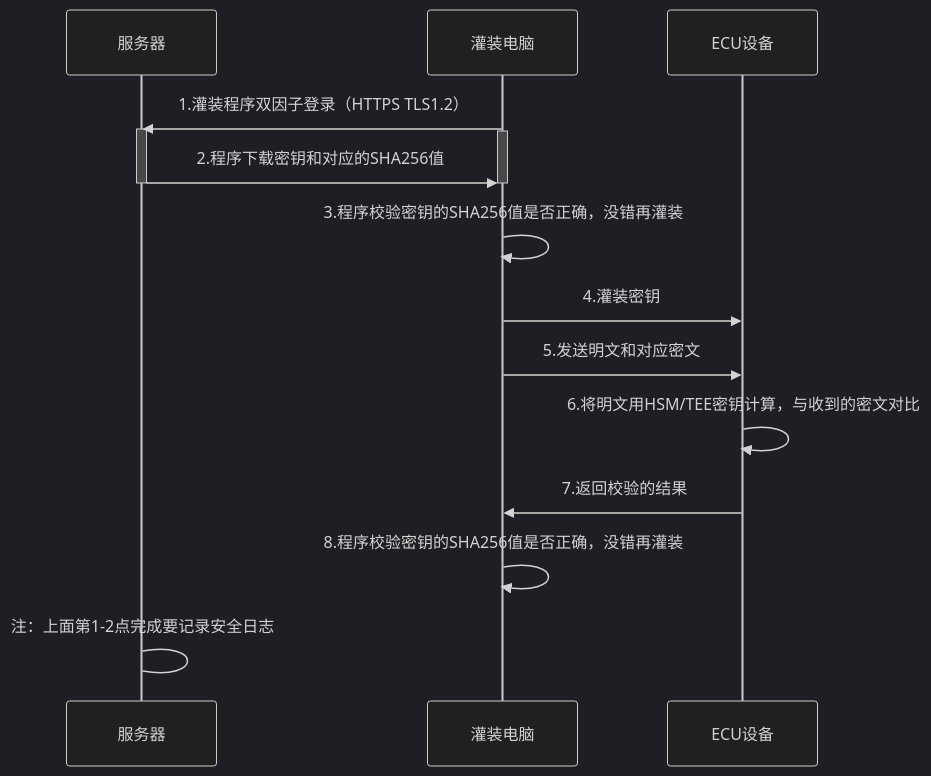
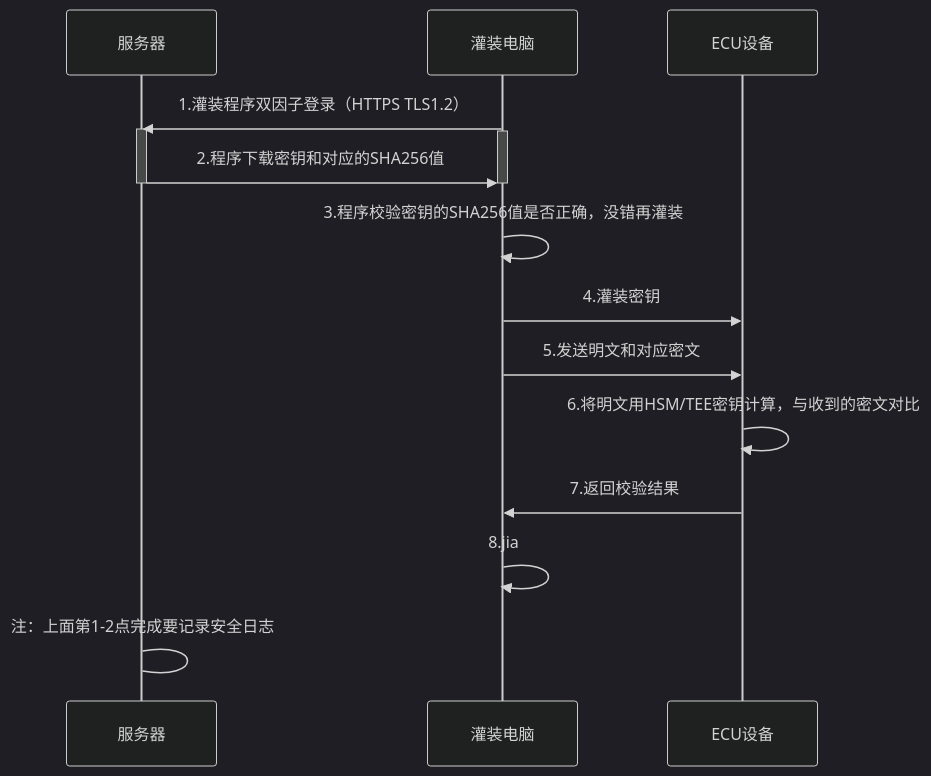
Before and after one commit to facebook-cloud/iodraw-files: the diagram in all/未命名-25.md, drawn with Mermaid (dark theme).

Commit message:
2026-04-21 15:26:42 update

````diff
--- a/all/未命名-25.md
+++ b/all/未命名-25.md
@@ -1,25 +1,25 @@
 ```mermaid
 sequenceDiagram
   
     participant B as 服务器
     participant D as 灌装电脑
     participant E as ECU设备
 
     D->>B: 1.灌装程序双因子登录（HTTPS TLS1.2）
     activate B
     activate D
 
     B->>D: 2.程序下载密钥和对应的SHA256值 
 
     deactivate B
     deactivate D
     
     D->>D: 3.程序校验密钥的SHA256值是否正确，没错再灌装
     D->>E: 4.灌装密钥
     D->>E: 5.发送明文和对应密文
     E->>E: 6.将明文用HSM/TEE密钥计算，与收到的密文对比
-    E->>D: 7.返回校验的结果
-    D->>D: 8.程序校验密钥的SHA256值是否正确，没错再灌装
+    E->>D: 7.返回校验结果
+    D->>D: 8.jia
 
     B->B: 注：上面第1-2点完成要记录安全日志
 ```
````
